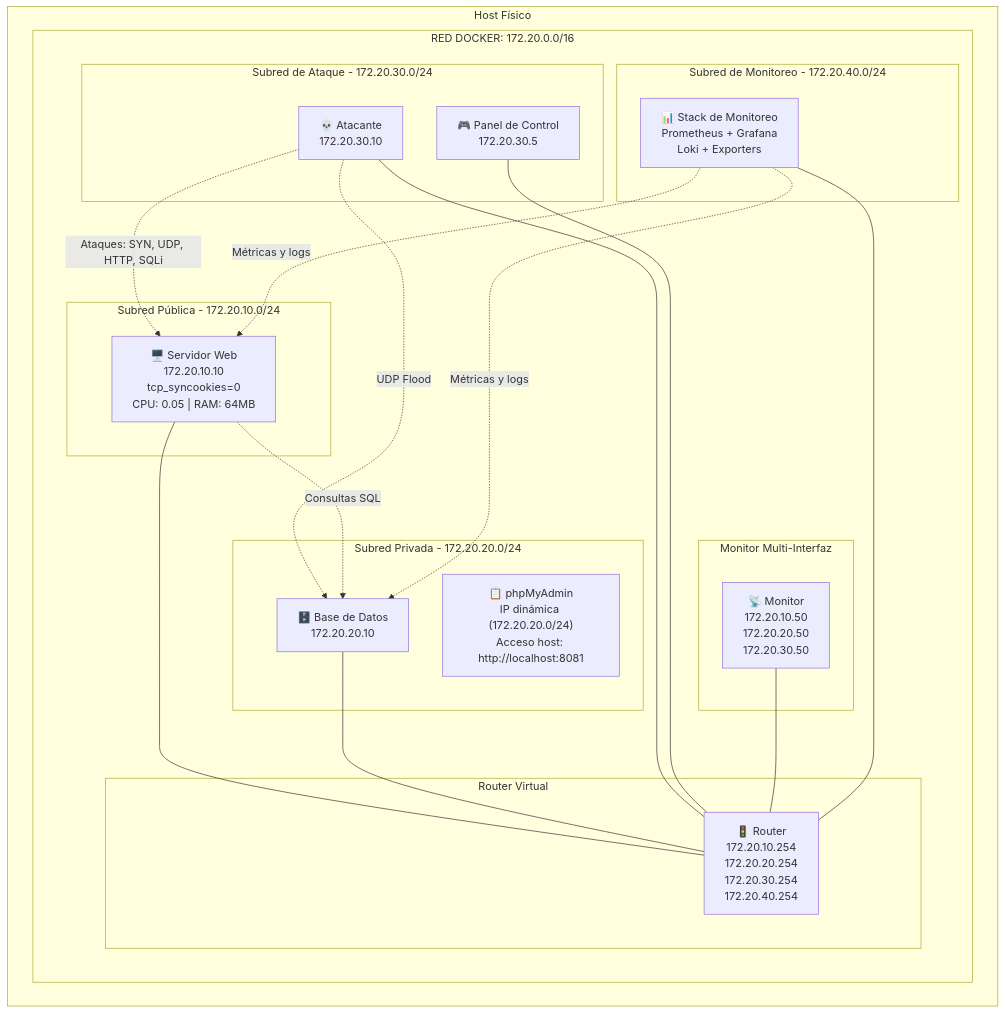
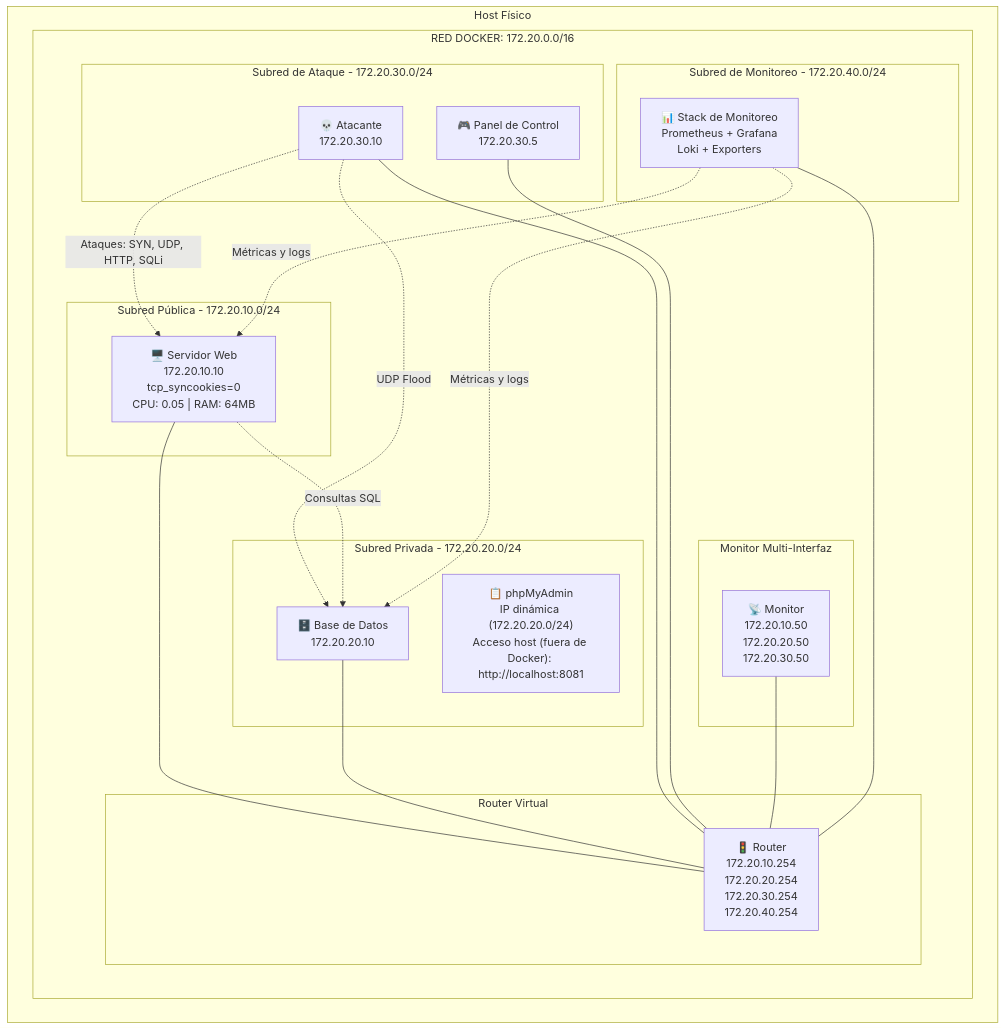
One commit to Santiago79/proyecto-redes-usfq changed the diagram in README.md. Above: the diagram before and after it, drawn with Mermaid. The commit also changed other lines of this file, not shown here.

Commit message:
Standardize attack formatting and phpMyAdmin note
Agent-Logs-Url: https://github.com/Santiago79/proyecto-redes-usfq/sessions/0ccf0fc1-9bcc-4a05-af49-85f1e9a1987f

````diff
--- a/README.md
+++ b/README.md
@@ -19,47 +19,47 @@
 ```mermaid
 graph TD
     subgraph "Host Físico"
         subgraph "RED DOCKER: 172.20.0.0/16"
             
             subgraph "Subred Pública - 172.20.10.0/24"
                 WEB["🖥️ Servidor Web<br/>172.20.10.10<br/>tcp_syncookies=0<br/>CPU: 0.05 | RAM: 64MB"]
             end
 
             subgraph "Subred Privada - 172.20.20.0/24"
                 DB["🗄️ Base de Datos<br/>172.20.20.10"]
-                PHPMYADMIN["📋 phpMyAdmin<br/>IP dinámica (172.20.20.0/24)<br/>Acceso host: http://localhost:8081"]
+                PHPMYADMIN["📋 phpMyAdmin<br/>IP dinámica (172.20.20.0/24)<br/>Acceso host (fuera de Docker): http://localhost:8081"]
             end
 
             subgraph "Subred de Ataque - 172.20.30.0/24"
                 ATTACKER["💀 Atacante<br/>172.20.30.10"]
                 PANEL["🎮 Panel de Control<br/>172.20.30.5"]
             end
 
             subgraph "Subred de Monitoreo - 172.20.40.0/24"
                 OBS["📊 Stack de Monitoreo<br/>Prometheus + Grafana<br/>Loki + Exporters"]
             end
 
             subgraph "Router Virtual"
                 ROUTER["🚦 Router<br/>172.20.10.254<br/>172.20.20.254<br/>172.20.30.254<br/>172.20.40.254"]
             end
 
             subgraph "Monitor Multi-Interfaz"
                 MONITOR["📡 Monitor<br/>172.20.10.50<br/>172.20.20.50<br/>172.20.30.50"]
             end
 
         end
     end
 
     WEB --- ROUTER
     DB --- ROUTER
     ATTACKER --- ROUTER
     PANEL --- ROUTER
     MONITOR --- ROUTER
     OBS --- ROUTER
 
     ATTACKER -.->|Ataques: SYN, UDP, HTTP, SQLi| WEB
     ATTACKER -.->|UDP Flood| DB
     WEB -.->|Consultas SQL| DB
     OBS -.->|Métricas y logs| WEB
     OBS -.->|Métricas y logs| DB
 ```
````
